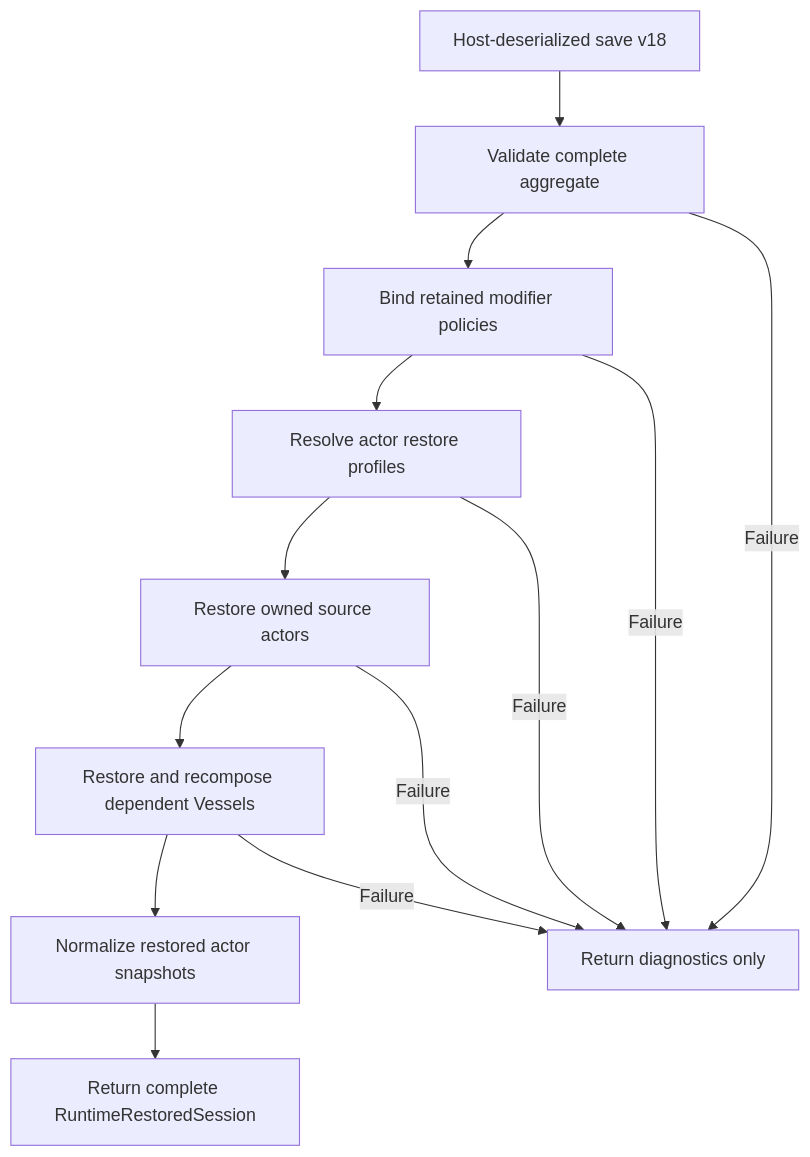
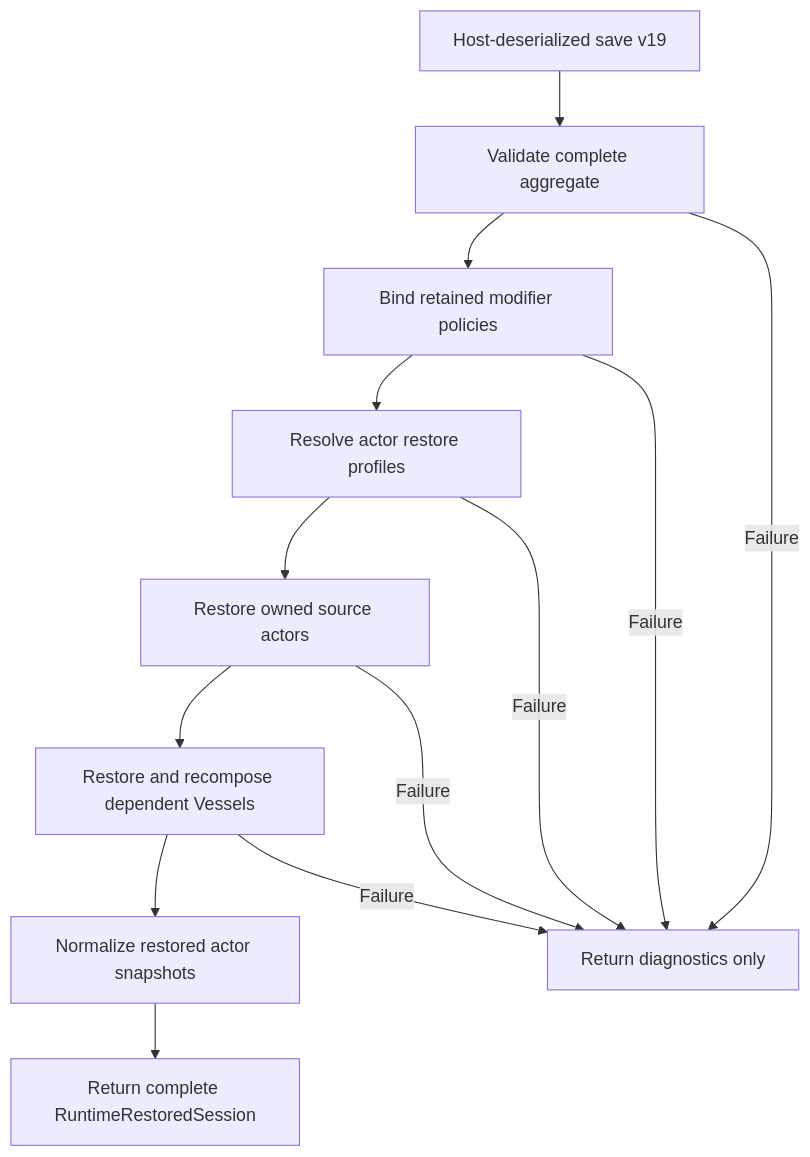
Before and after one commit to KayelC/Convergence: the fifth of 5 diagrams in docs/developer-guide/actors-and-runtime-state.md, drawn with Mermaid. The commit also changed 133 other files, not shown here.

````diff
--- a/docs/developer-guide/actors-and-runtime-state.md
+++ b/docs/developer-guide/actors-and-runtime-state.md
@@ -364,15 +364,15 @@
 ```mermaid
 flowchart TD
-    Save["Host-deserialized save v18"] --> Validate["Validate complete aggregate"]
+    Save["Host-deserialized save v19"] --> Validate["Validate complete aggregate"]
     Validate --> Modifiers["Bind retained modifier policies"]
     Modifiers --> Profiles["Resolve actor restore profiles"]
     Profiles --> Sources["Restore owned source actors"]
     Sources --> Vessels["Restore and recompose dependent Vessels"]
     Vessels --> Normalize["Normalize restored actor snapshots"]
     Normalize --> Session["Return complete RuntimeRestoredSession"]
     Validate -->|Failure| Reject["Return diagnostics only"]
     Modifiers -->|Failure| Reject
     Profiles -->|Failure| Reject
     Sources -->|Failure| Reject
     Vessels -->|Failure| Reject
 ```
````
